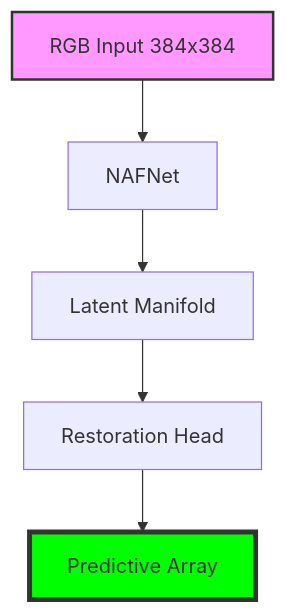
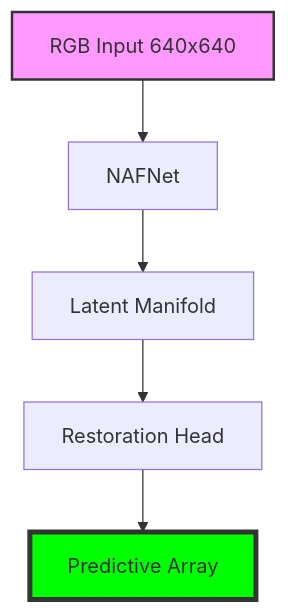
The diagram in nafnet_denoising/README.md (lemgenda/lemgendary-pretrained-models), drawn with Mermaid before and after one commit. The commit also changed other lines of this file and 5 other files, not shown here.

````diff
--- a/nafnet_denoising/README.md
+++ b/nafnet_denoising/README.md
@@ -17,10 +17,10 @@
 ```mermaid
 graph TD
-    Input[RGB Input 384x384] --> Backbone[NAFNet]
+    Input[RGB Input 640x640] --> Backbone[NAFNet]
     Backbone --> Manifold[Latent Manifold]
     Manifold --> Head[Restoration Head]
     Head --> Output[Predictive Array]
     
     style Input fill:#f9f,stroke:#333,stroke-width:2px
     style Output fill:#00ff00,stroke:#333,stroke-width:4px
 ```
````
